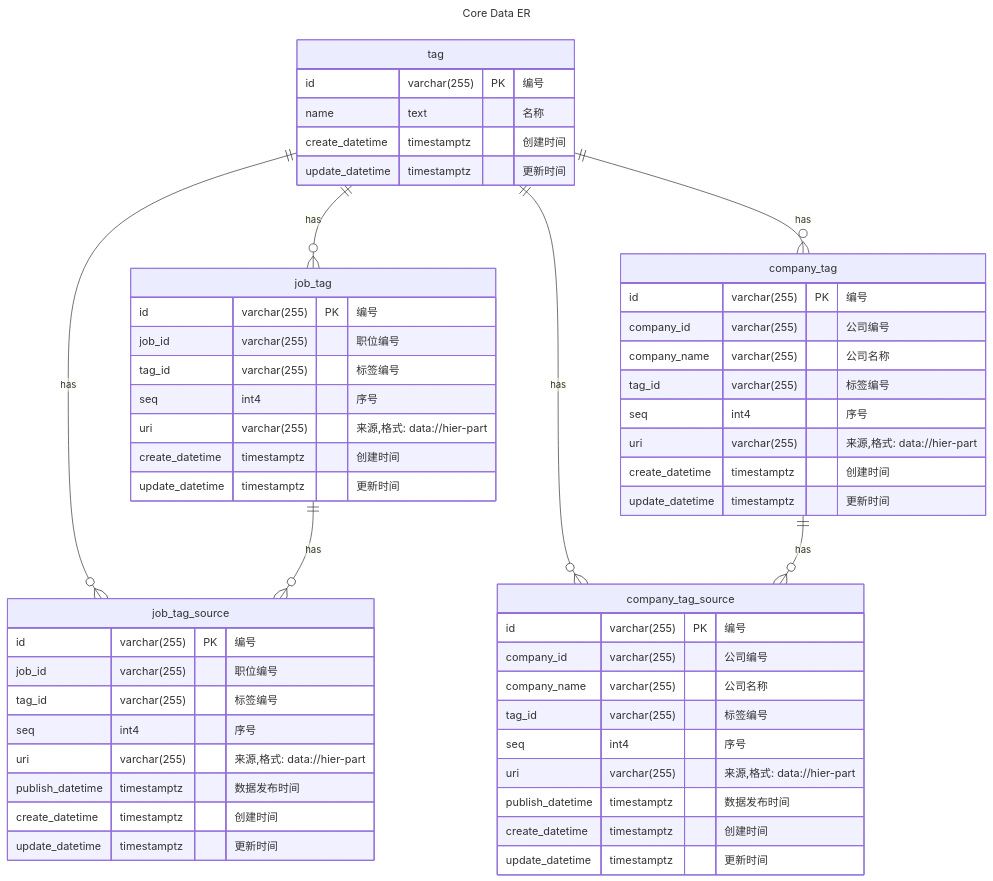
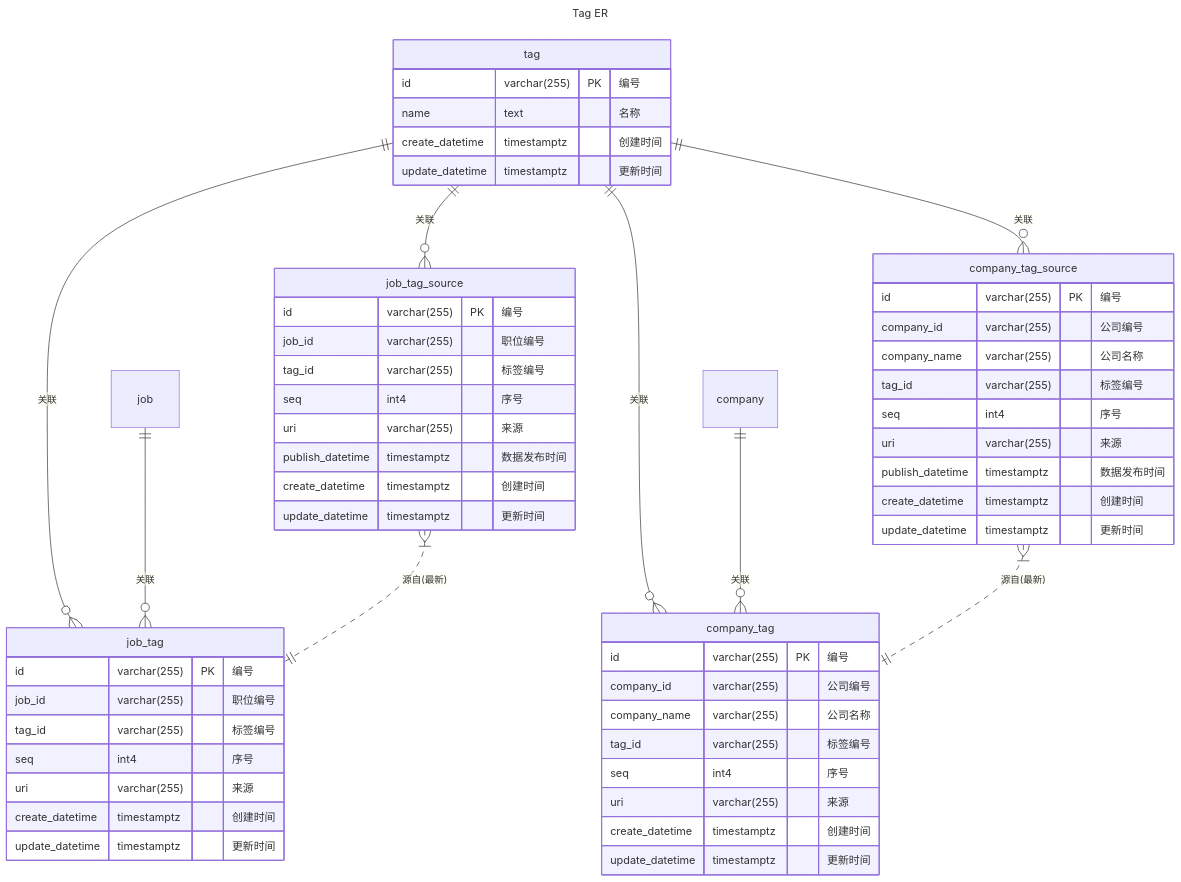
One commit to lastsunday/job-hunting changed the third of 5 diagrams in docs/src/development/server/core_logic_flow.md. Above: the diagram before and after it, drawn with Mermaid. The commit also changed other lines of this file, not shown here.

Commit message:
docs(server): refactor core logic flow and add detail info

````diff
--- a/docs/src/development/server/core_logic_flow.md
+++ b/docs/src/development/server/core_logic_flow.md
@@ -168,58 +193,60 @@
 ```mermaid
 ---
-title: Core Data ER
+title: Tag ER
 ---
 erDiagram
     tag{
       id varchar(255) PK "编号"
       name text "名称"
       create_datetime timestamptz "创建时间"
       update_datetime timestamptz "更新时间"
     }
-    tag ||--o{ job_tag_source: has
+    tag ||--o{ job_tag_source: "关联"
     job_tag_source{
       id varchar(255) PK "编号"
       job_id varchar(255) "职位编号"
       tag_id varchar(255) "标签编号"
       seq int4 "序号"
-      uri varchar(255) "来源,格式: data://hier-part"
+      uri varchar(255) "来源"
       publish_datetime timestamptz "数据发布时间"
       create_datetime timestamptz "创建时间"
       update_datetime timestamptz "更新时间"
     }
-    tag ||--o{ company_tag_source: has
+    tag ||--o{ company_tag_source: "关联"
     company_tag_source{
       id varchar(255) PK "编号"
       company_id varchar(255) "公司编号"
       company_name varchar(255) "公司名称"
       tag_id varchar(255) "标签编号"
       seq int4 "序号"
-      uri varchar(255) "来源,格式: data://hier-part"
+      uri varchar(255) "来源"
       publish_datetime timestamptz "数据发布时间"
       create_datetime timestamptz "创建时间"
       update_datetime timestamptz "更新时间"
     }
-    tag ||--o{ job_tag: has
-    job_tag ||--o{ job_tag_source: has
+    tag ||--o{ job_tag: "关联"
+    job ||--o{ job_tag: "关联"
+    job_tag_source }|..|| job_tag : "源自(最新)"
     job_tag{
       id varchar(255) PK "编号"
       job_id varchar(255) "职位编号"
       tag_id varchar(255) "标签编号"
       seq int4 "序号"
-      uri varchar(255) "来源,格式: data://hier-part"
+      uri varchar(255) "来源"
       create_datetime timestamptz "创建时间"
       update_datetime timestamptz "更新时间"
     }
-    tag ||--o{ company_tag: has
-    company_tag ||--o{ company_tag_source: has
+    tag ||--o{ company_tag: "关联"
+    company ||--o{ company_tag: "关联"
+    company_tag_source }|..|| company_tag : "源自(最新)"
     company_tag{
       id varchar(255) PK "编号"
       company_id varchar(255) "公司编号"
       company_name varchar(255) "公司名称"
       tag_id varchar(255) "标签编号"
       seq int4 "序号"
-      uri varchar(255) "来源,格式: data://hier-part"
+      uri varchar(255) "来源"
       create_datetime timestamptz "创建时间"
       update_datetime timestamptz "更新时间"
     }
 ```
````
